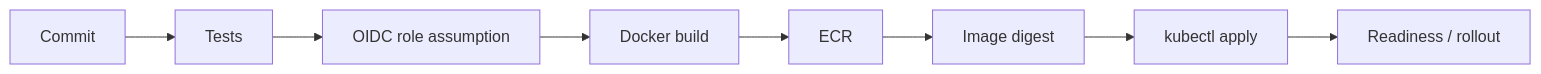
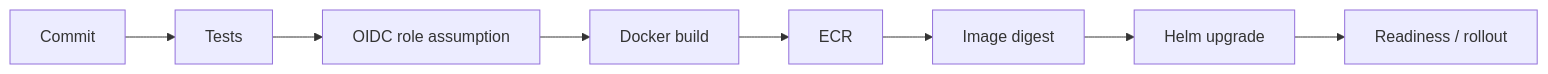
Before and after one commit to YuuneesIBH/aws-devops-zero-to-production: the second of 2 diagrams in docs/services/terraform-delivery.md, drawn with Mermaid. The commit also changed other lines of this file and 28 other files, not shown here.

Commit message:
feat: add Helm chart and in-depth release guide

````diff
--- a/docs/services/terraform-delivery.md
+++ b/docs/services/terraform-delivery.md
@@ -35,10 +35,10 @@
 ```mermaid
 flowchart LR
   Commit --> Tests
   Tests --> OIDC[OIDC role assumption]
   OIDC --> Build[Docker build]
   Build --> ECR
   ECR --> Digest[Image digest]
-  Digest --> Deploy[kubectl apply]
+  Digest --> Deploy[Helm upgrade]
   Deploy --> Ready[Readiness / rollout]
 ```
````
